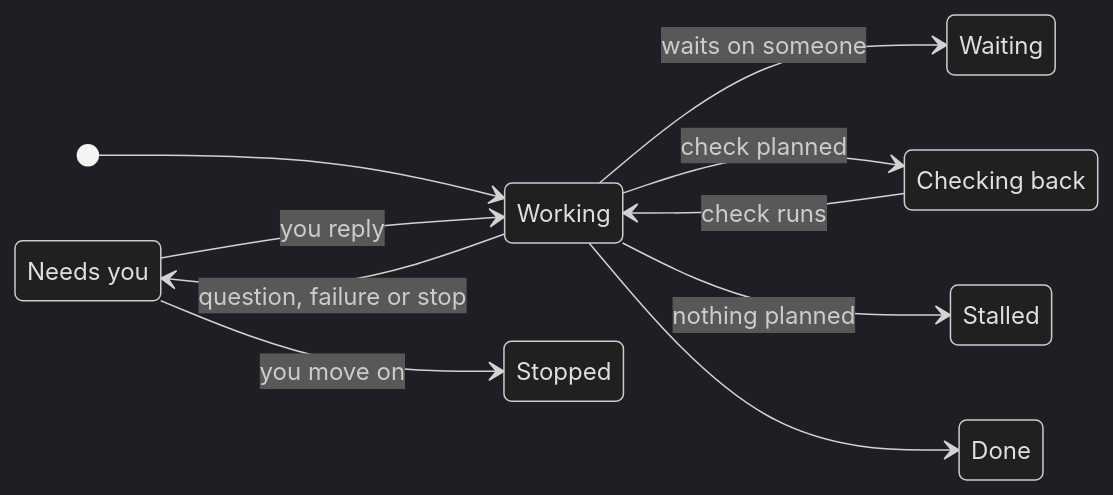
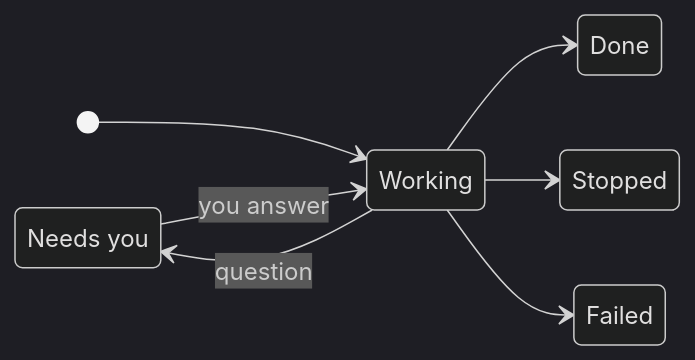
The diagram in docs/src/content/docs/use/tasks.md (n8n-io/nod), drawn with Mermaid (dark theme) before and after one commit. The commit also changed other lines of this file and 18 other files, not shown here.

````diff
--- a/docs/src/content/docs/use/tasks.md
+++ b/docs/src/content/docs/use/tasks.md
@@ -49,15 +42,11 @@
 ```mermaid
 stateDiagram-v2
   direction LR
   state "Needs you" as needs
-  state "Checking back" as checking
   [*] --> Working
-  Working --> needs: question, failure or stop
-  needs --> Working: you reply
-  Working --> Waiting: waits on someone
-  Working --> checking: check planned
-  Working --> Stalled: nothing planned
-  checking --> Working: check runs
+  Working --> needs: question
+  needs --> Working: you answer
   Working --> Done
-  needs --> Stopped: you move on
+  Working --> Stopped
+  Working --> Failed
 ```
````
